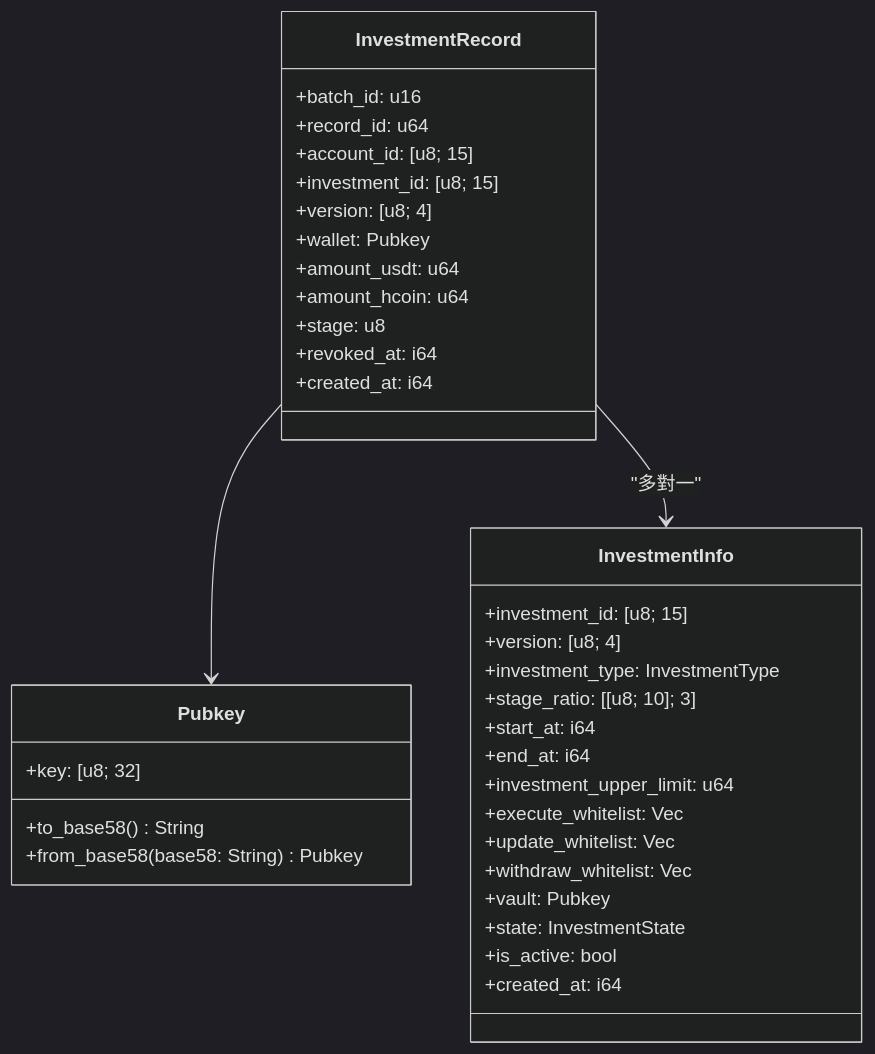
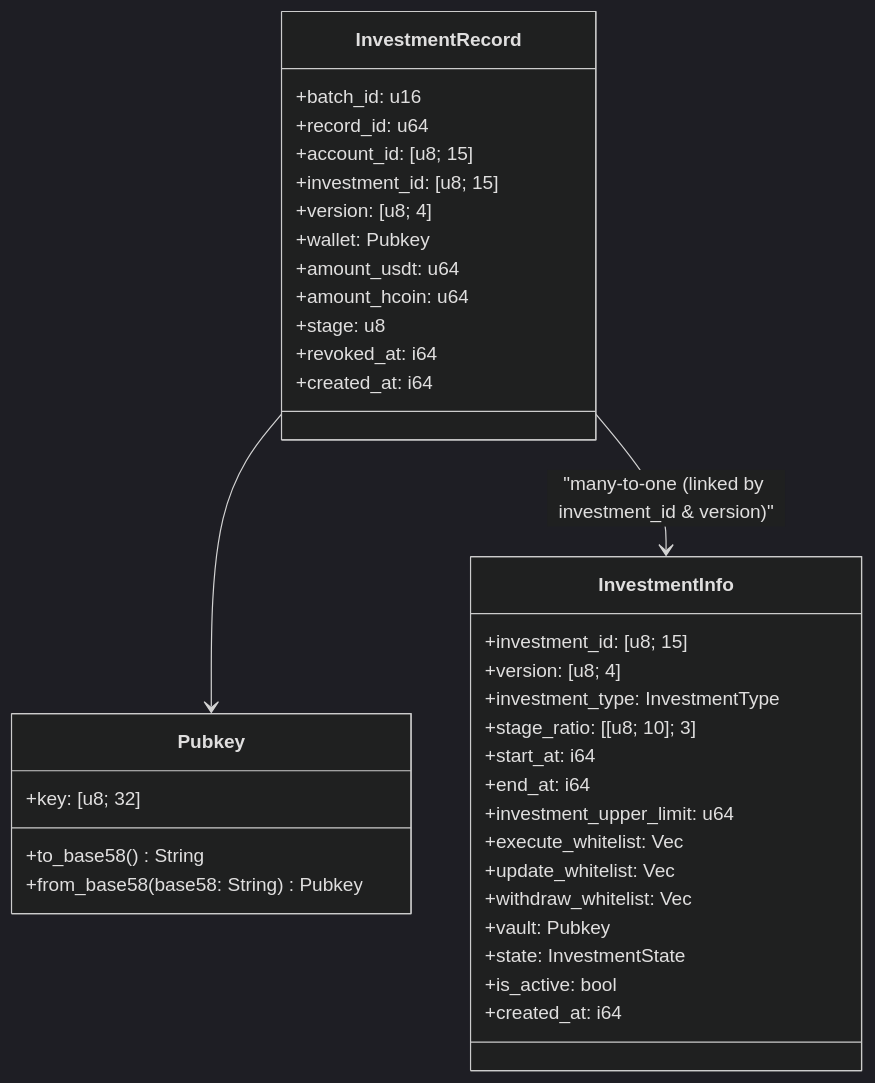
Before and after one commit to MEDIISCI/h2coin-solana-contracts: the diagram in docs/InvestmentRecord_spec.md, drawn with Mermaid (dark theme). The commit also changed other lines of this file and 3 other files, not shown here.

````diff
--- a/docs/InvestmentRecord_spec.md
+++ b/docs/InvestmentRecord_spec.md
@@ -71,39 +71,39 @@
 ```mermaid
 classDiagram
     class InvestmentRecord {
         +batch_id: u16
         +record_id: u64
         +account_id: [u8; 15]
         +investment_id: [u8; 15]
         +version: [u8; 4]
         +wallet: Pubkey
         +amount_usdt: u64
         +amount_hcoin: u64
         +stage: u8
         +revoked_at: i64
         +created_at: i64
     }
     class Pubkey {
         +key: [u8; 32]
         +to_base58() String
         +from_base58(base58: String) Pubkey
     }
     class InvestmentInfo {
         +investment_id: [u8; 15]
         +version: [u8; 4]
         +investment_type: InvestmentType
         +stage_ratio: [[u8; 10]; 3]
         +start_at: i64
         +end_at: i64
         +investment_upper_limit: u64
         +execute_whitelist: Vec<Pubkey>
         +update_whitelist: Vec<Pubkey>
         +withdraw_whitelist: Vec<Pubkey>
         +vault: Pubkey
         +state: InvestmentState
         +is_active: bool
         +created_at: i64
     }
     InvestmentRecord --> Pubkey
-    InvestmentRecord --> InvestmentInfo : "多對一"
+    InvestmentRecord --> InvestmentInfo : "many-to-one (linked by investment_id & version)"
 ```
````
